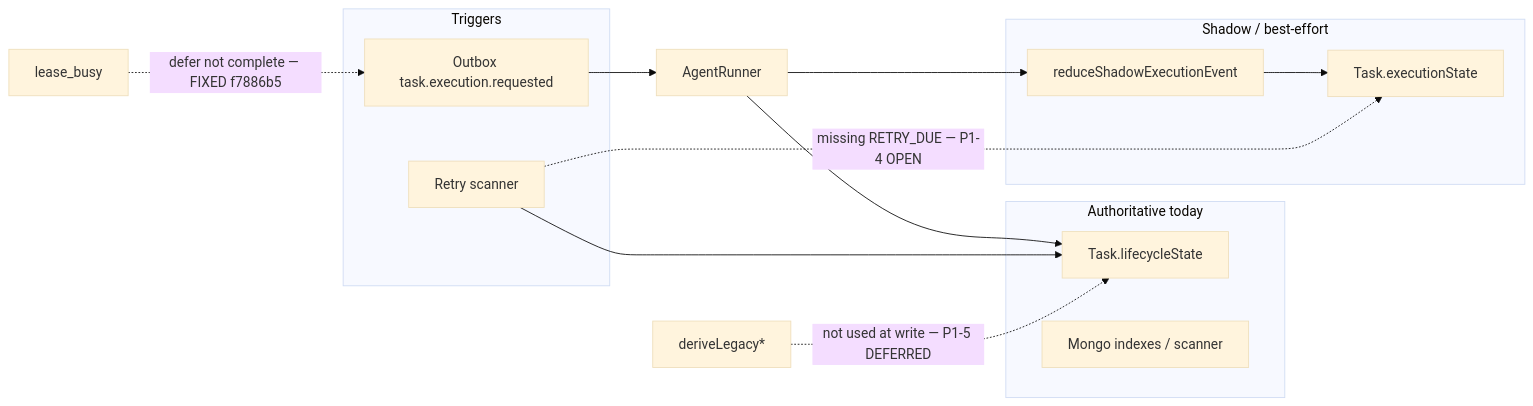
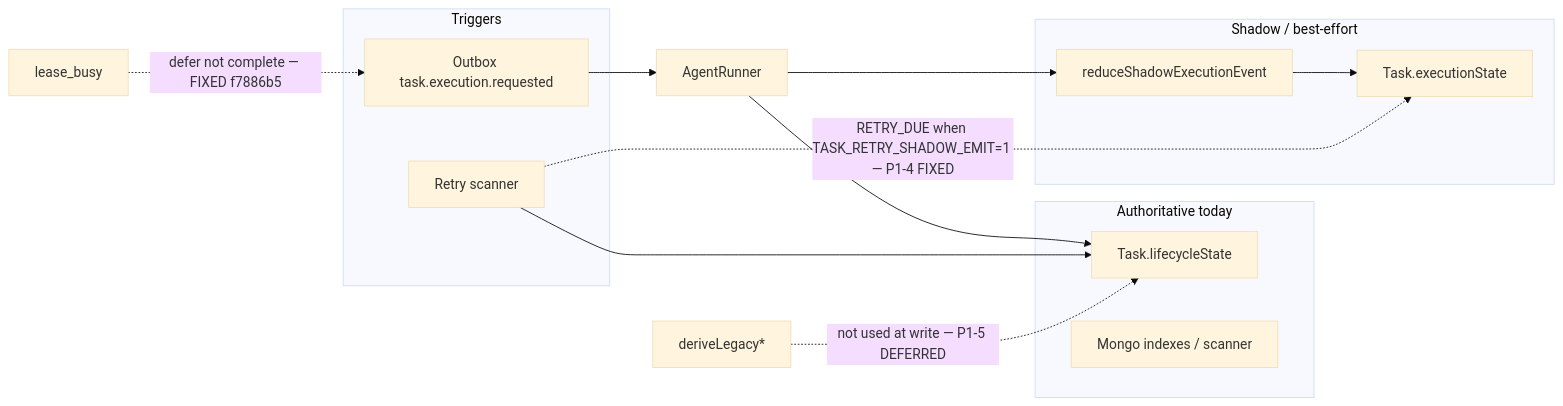
One commit to harshlocham/semantask changed the diagram in docs/architecture/adr-implementation-gap-audit.md. Above: the diagram before and after it, drawn with Mermaid (base theme). The commit also changed other lines of this file and 11 other files, not shown here.

First line of the commit message:
feat(task): enhance retry scanner with shadow FSM integration

````diff
--- a/docs/architecture/adr-implementation-gap-audit.md
+++ b/docs/architecture/adr-implementation-gap-audit.md
@@ -173,22 +173,22 @@
 ```mermaid
 flowchart LR
   subgraph authoritative [Authoritative today]
     LC[Task.lifecycleState]
     IDX[Mongo indexes / scanner]
   end
   subgraph shadow [Shadow / best-effort]
     ES[Task.executionState]
     SH[reduceShadowExecutionEvent]
   end
   subgraph triggers [Triggers]
     OB[Outbox task.execution.requested]
     RS[Retry scanner]
   end
   OB --> AR[AgentRunner]
   AR --> LC
   AR --> SH --> ES
   RS --> LC
-  RS -.->|missing RETRY_DUE — P1-4 OPEN| ES
+  RS -.->|RETRY_DUE when TASK_RETRY_SHADOW_EMIT=1 — P1-4 FIXED| ES
   derive[deriveLegacy*] -.->|not used at write — P1-5 DEFERRED| LC
   LB[lease_busy] -.->|defer not complete — FIXED f7886b5| OB
 ```
````
